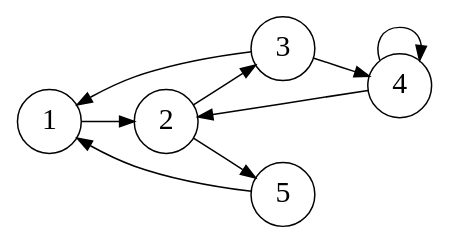
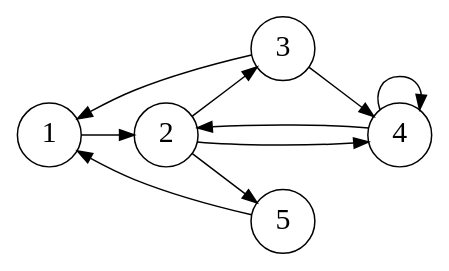
One commit to Prob-Stat/Prob-Stat.github.io changed the first of 4 diagrams in slides/11_stationary.qmd. Above: the diagram before and after it, drawn with Graphviz. The commit also changed other lines of this file, not shown here.

````diff
--- a/slides/11_stationary.qmd
+++ b/slides/11_stationary.qmd
@@ -160,19 +160,20 @@
 ```{dot}
 //| fig-width: 7
 //| fig-height: 3
-//| fig-cap: 有向グラフ $G=(V=\{1,2,3,4,5\},\, E=\{(1,2),\,(2,3),\,(2,5),\,(3,1),\,(3,4),\,(4,2),\,(5,1)\})$
+//| fig-cap: 有向グラフ $G=(V=\{1,2,3,4,5\},\, E=\{(1,2),\,(2,3),(2,4),\,(2,5),\,(3,1),\,(3,4),\,(4,2),\,(4,4),\,(5,1)\})$
 digraph irreduc_graph {
   graph [rankdir=LR];
   node [shape=circle, width=0.1, fontsize=20];
 
   1 -> 2;
   2 -> 3;
+  2 -> 4;
   3 -> 1;
 
   3 -> 4;
   4 -> 2;
   2 -> 5;
   5 -> 1;
   4 -> 4;
 }
 ```
````
